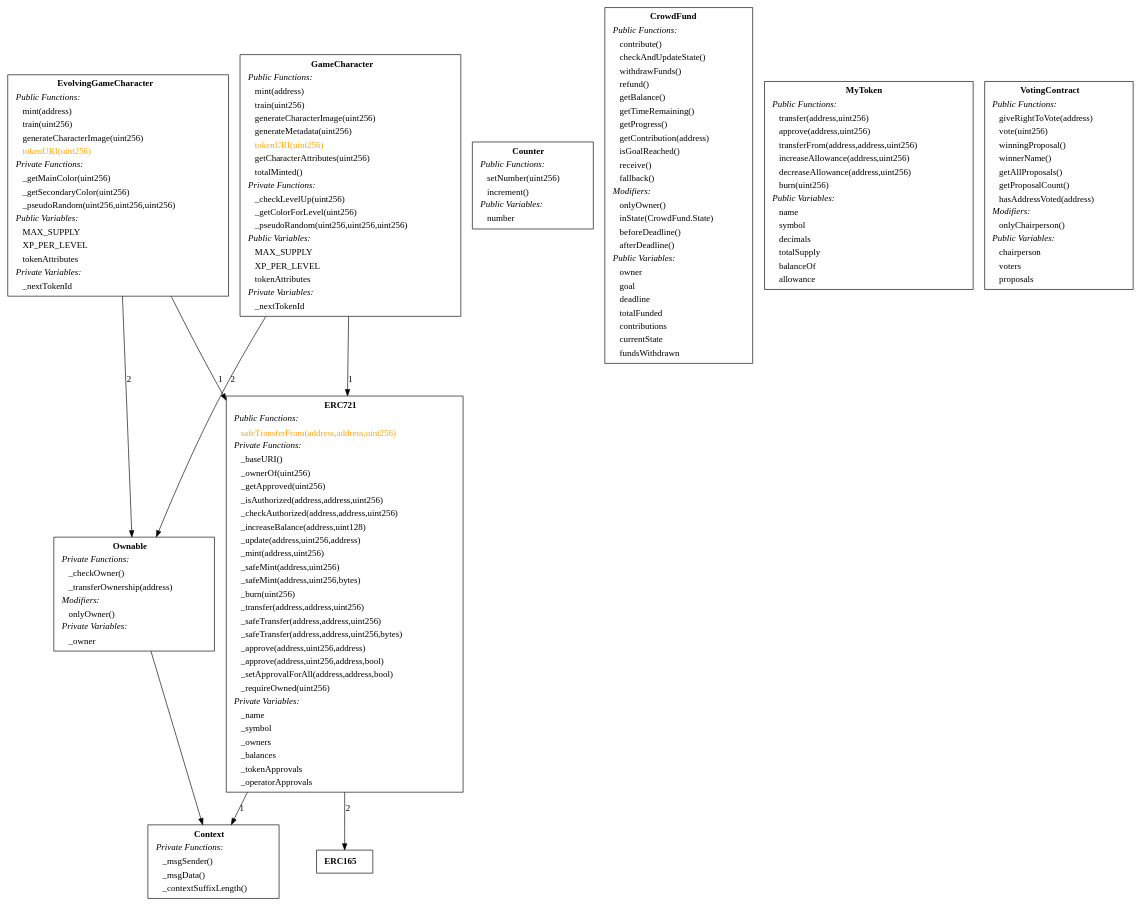
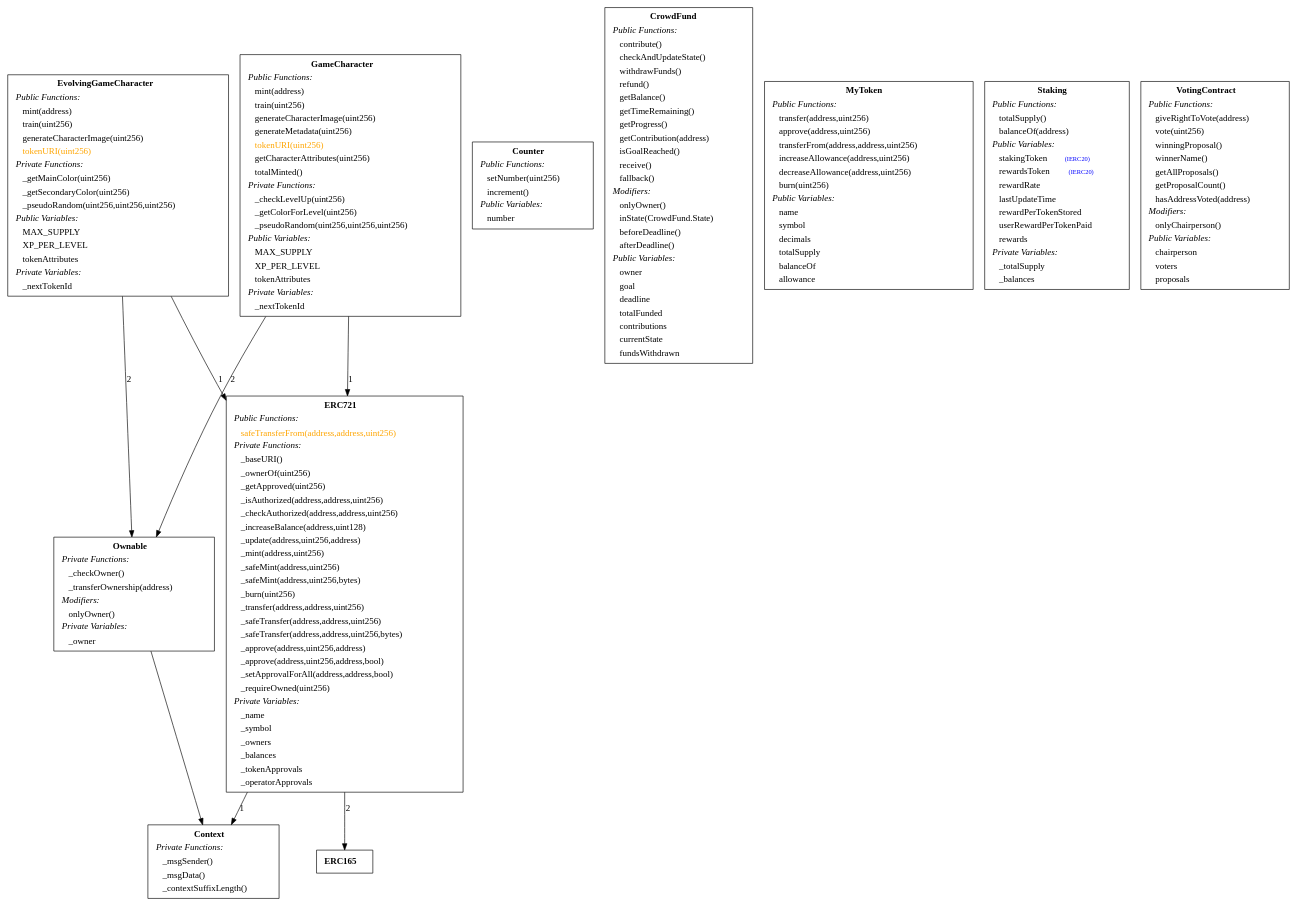
One commit to AlanDXiang/Solidity-Learning changed the diagram in inheritance-graph.dot. Above: the diagram before and after it, drawn with Graphviz. The commit also changed 1 other file, not shown here.

```diff
--- a/inheritance-graph.dot
+++ b/inheritance-graph.dot
@@ -1,29 +1,31 @@
 digraph "" {
-c147_Ownable -> c1606_Context;
+c147_Ownable -> c2587_Context;
 c147_Ownable[shape="box"label=< <TABLE border="0"><TR><TD align="center"><B>Ownable</B></TD></TR><TR><TD align="left"><I>Private Functions:</I></TD></TR><TR><TD align="left">    _checkOwner()</TD></TR><TR><TD align="left">    _transferOwnership(address)</TD></TR><TR><TD align="left"><I>Modifiers:</I></TD></TR><TR><TD align="left">    onlyOwner()</TD></TR><TR><TD align="left"><I>Private Variables:</I></TD></TR><TR><TD align="left">    _owner</TD></TR></TABLE> >];
 
-c1241_ERC721 -> c1606_Context [ label="1" ];
-c1241_ERC721 -> c3084_ERC165 [ label="2" ];
-c1241_ERC721[shape="box"label=< <TABLE border="0"><TR><TD align="center"><B>ERC721</B></TD></TR><TR><TD align="left"><I>Public Functions:</I></TD></TR><TR><TD align="left"><font color="#FFA500">    safeTransferFrom(address,address,uint256)</font></TD></TR><TR><TD align="left"><I>Private Functions:</I></TD></TR><TR><TD align="left">    _baseURI()</TD></TR><TR><TD align="left">    _ownerOf(uint256)</TD></TR><TR><TD align="left">    _getApproved(uint256)</TD></TR><TR><TD align="left">    _isAuthorized(address,address,uint256)</TD></TR><TR><TD align="left">    _checkAuthorized(address,address,uint256)</TD></TR><TR><TD align="left">    _increaseBalance(address,uint128)</TD></TR><TR><TD align="left">    _update(address,uint256,address)</TD></TR><TR><TD align="left">    _mint(address,uint256)</TD></TR><TR><TD align="left">    _safeMint(address,uint256)</TD></TR><TR><TD align="left">    _safeMint(address,uint256,bytes)</TD></TR><TR><TD align="left">    _burn(uint256)</TD></TR><TR><TD align="left">    _transfer(address,address,uint256)</TD></TR><TR><TD align="left">    _safeTransfer(address,address,uint256)</TD></TR><TR><TD align="left">    _safeTransfer(address,address,uint256,bytes)</TD></TR><TR><TD align="left">    _approve(address,uint256,address)</TD></TR><TR><TD align="left">    _approve(address,uint256,address,bool)</TD></TR><TR><TD align="left">    _setApprovalForAll(address,address,bool)</TD></TR><TR><TD align="left">    _requireOwned(uint256)</TD></TR><TR><TD align="left"><I>Private Variables:</I></TD></TR><TR><TD align="left">    _name</TD></TR><TR><TD align="left">    _symbol</TD></TR><TR><TD align="left">    _owners</TD></TR><TR><TD align="left">    _balances</TD></TR><TR><TD align="left">    _tokenApprovals</TD></TR><TR><TD align="left">    _operatorApprovals</TD></TR></TABLE> >];
+c1334_ERC721 -> c2587_Context [ label="1" ];
+c1334_ERC721 -> c4143_ERC165 [ label="2" ];
+c1334_ERC721[shape="box"label=< <TABLE border="0"><TR><TD align="center"><B>ERC721</B></TD></TR><TR><TD align="left"><I>Public Functions:</I></TD></TR><TR><TD align="left"><font color="#FFA500">    safeTransferFrom(address,address,uint256)</font></TD></TR><TR><TD align="left"><I>Private Functions:</I></TD></TR><TR><TD align="left">    _baseURI()</TD></TR><TR><TD align="left">    _ownerOf(uint256)</TD></TR><TR><TD align="left">    _getApproved(uint256)</TD></TR><TR><TD align="left">    _isAuthorized(address,address,uint256)</TD></TR><TR><TD align="left">    _checkAuthorized(address,address,uint256)</TD></TR><TR><TD align="left">    _increaseBalance(address,uint128)</TD></TR><TR><TD align="left">    _update(address,uint256,address)</TD></TR><TR><TD align="left">    _mint(address,uint256)</TD></TR><TR><TD align="left">    _safeMint(address,uint256)</TD></TR><TR><TD align="left">    _safeMint(address,uint256,bytes)</TD></TR><TR><TD align="left">    _burn(uint256)</TD></TR><TR><TD align="left">    _transfer(address,address,uint256)</TD></TR><TR><TD align="left">    _safeTransfer(address,address,uint256)</TD></TR><TR><TD align="left">    _safeTransfer(address,address,uint256,bytes)</TD></TR><TR><TD align="left">    _approve(address,uint256,address)</TD></TR><TR><TD align="left">    _approve(address,uint256,address,bool)</TD></TR><TR><TD align="left">    _setApprovalForAll(address,address,bool)</TD></TR><TR><TD align="left">    _requireOwned(uint256)</TD></TR><TR><TD align="left"><I>Private Variables:</I></TD></TR><TR><TD align="left">    _name</TD></TR><TR><TD align="left">    _symbol</TD></TR><TR><TD align="left">    _owners</TD></TR><TR><TD align="left">    _balances</TD></TR><TR><TD align="left">    _tokenApprovals</TD></TR><TR><TD align="left">    _operatorApprovals</TD></TR></TABLE> >];
 
-c1606_Context[shape="box"label=< <TABLE border="0"><TR><TD align="center"><B>Context</B></TD></TR><TR><TD align="left"><I>Private Functions:</I></TD></TR><TR><TD align="left">    _msgSender()</TD></TR><TR><TD align="left">    _msgData()</TD></TR><TR><TD align="left">    _contextSuffixLength()</TD></TR></TABLE> >];
+c2587_Context[shape="box"label=< <TABLE border="0"><TR><TD align="center"><B>Context</B></TD></TR><TR><TD align="left"><I>Private Functions:</I></TD></TR><TR><TD align="left">    _msgSender()</TD></TR><TR><TD align="left">    _msgData()</TD></TR><TR><TD align="left">    _contextSuffixLength()</TD></TR></TABLE> >];
 
-c3084_ERC165[shape="box"label=< <TABLE border="0"><TR><TD align="center"><B>ERC165</B></TD></TR></TABLE> >];
+c4143_ERC165[shape="box"label=< <TABLE border="0"><TR><TD align="center"><B>ERC165</B></TD></TR></TABLE> >];
 
-c6648_Counter[shape="box"label=< <TABLE border="0"><TR><TD align="center"><B>Counter</B></TD></TR><TR><TD align="left"><I>Public Functions:</I></TD></TR><TR><TD align="left">    setNumber(uint256)</TD></TR><TR><TD align="left">    increment()</TD></TR><TR><TD align="left"><I>Public Variables:</I></TD></TR><TR><TD align="left">    number</TD></TR></TABLE> >];
+c7743_Counter[shape="box"label=< <TABLE border="0"><TR><TD align="center"><B>Counter</B></TD></TR><TR><TD align="left"><I>Public Functions:</I></TD></TR><TR><TD align="left">    setNumber(uint256)</TD></TR><TR><TD align="left">    increment()</TD></TR><TR><TD align="left"><I>Public Variables:</I></TD></TR><TR><TD align="left">    number</TD></TR></TABLE> >];
 
-c7085_CrowdFund[shape="box"label=< <TABLE border="0"><TR><TD align="center"><B>CrowdFund</B></TD></TR><TR><TD align="left"><I>Public Functions:</I></TD></TR><TR><TD align="left">    contribute()</TD></TR><TR><TD align="left">    checkAndUpdateState()</TD></TR><TR><TD align="left">    withdrawFunds()</TD></TR><TR><TD align="left">    refund()</TD></TR><TR><TD align="left">    getBalance()</TD></TR><TR><TD align="left">    getTimeRemaining()</TD></TR><TR><TD align="left">    getProgress()</TD></TR><TR><TD align="left">    getContribution(address)</TD></TR><TR><TD align="left">    isGoalReached()</TD></TR><TR><TD align="left">    receive()</TD></TR><TR><TD align="left">    fallback()</TD></TR><TR><TD align="left"><I>Modifiers:</I></TD></TR><TR><TD align="left">    onlyOwner()</TD></TR><TR><TD align="left">    inState(CrowdFund.State)</TD></TR><TR><TD align="left">    beforeDeadline()</TD></TR><TR><TD align="left">    afterDeadline()</TD></TR><TR><TD align="left"><I>Public Variables:</I></TD></TR><TR><TD align="left">    owner</TD></TR><TR><TD align="left">    goal</TD></TR><TR><TD align="left">    deadline</TD></TR><TR><TD align="left">    totalFunded</TD></TR><TR><TD align="left">    contributions</TD></TR><TR><TD align="left">    currentState</TD></TR><TR><TD align="left">    fundsWithdrawn</TD></TR></TABLE> >];
+c8180_CrowdFund[shape="box"label=< <TABLE border="0"><TR><TD align="center"><B>CrowdFund</B></TD></TR><TR><TD align="left"><I>Public Functions:</I></TD></TR><TR><TD align="left">    contribute()</TD></TR><TR><TD align="left">    checkAndUpdateState()</TD></TR><TR><TD align="left">    withdrawFunds()</TD></TR><TR><TD align="left">    refund()</TD></TR><TR><TD align="left">    getBalance()</TD></TR><TR><TD align="left">    getTimeRemaining()</TD></TR><TR><TD align="left">    getProgress()</TD></TR><TR><TD align="left">    getContribution(address)</TD></TR><TR><TD align="left">    isGoalReached()</TD></TR><TR><TD align="left">    receive()</TD></TR><TR><TD align="left">    fallback()</TD></TR><TR><TD align="left"><I>Modifiers:</I></TD></TR><TR><TD align="left">    onlyOwner()</TD></TR><TR><TD align="left">    inState(CrowdFund.State)</TD></TR><TR><TD align="left">    beforeDeadline()</TD></TR><TR><TD align="left">    afterDeadline()</TD></TR><TR><TD align="left"><I>Public Variables:</I></TD></TR><TR><TD align="left">    owner</TD></TR><TR><TD align="left">    goal</TD></TR><TR><TD align="left">    deadline</TD></TR><TR><TD align="left">    totalFunded</TD></TR><TR><TD align="left">    contributions</TD></TR><TR><TD align="left">    currentState</TD></TR><TR><TD align="left">    fundsWithdrawn</TD></TR></TABLE> >];
 
-c7484_EvolvingGameCharacter -> c1241_ERC721 [ label="1" ];
-c7484_EvolvingGameCharacter -> c147_Ownable [ label="2" ];
-c7484_EvolvingGameCharacter[shape="box"label=< <TABLE border="0"><TR><TD align="center"><B>EvolvingGameCharacter</B></TD></TR><TR><TD align="left"><I>Public Functions:</I></TD></TR><TR><TD align="left">    mint(address)</TD></TR><TR><TD align="left">    train(uint256)</TD></TR><TR><TD align="left">    generateCharacterImage(uint256)</TD></TR><TR><TD align="left"><font color="#FFA500">    tokenURI(uint256)</font></TD></TR><TR><TD align="left"><I>Private Functions:</I></TD></TR><TR><TD align="left">    _getMainColor(uint256)</TD></TR><TR><TD align="left">    _getSecondaryColor(uint256)</TD></TR><TR><TD align="left">    _pseudoRandom(uint256,uint256,uint256)</TD></TR><TR><TD align="left"><I>Public Variables:</I></TD></TR><TR><TD align="left">    MAX_SUPPLY</TD></TR><TR><TD align="left">    XP_PER_LEVEL</TD></TR><TR><TD align="left">    tokenAttributes</TD></TR><TR><TD align="left"><I>Private Variables:</I></TD></TR><TR><TD align="left">    _nextTokenId</TD></TR></TABLE> >];
+c8579_EvolvingGameCharacter -> c1334_ERC721 [ label="1" ];
+c8579_EvolvingGameCharacter -> c147_Ownable [ label="2" ];
+c8579_EvolvingGameCharacter[shape="box"label=< <TABLE border="0"><TR><TD align="center"><B>EvolvingGameCharacter</B></TD></TR><TR><TD align="left"><I>Public Functions:</I></TD></TR><TR><TD align="left">    mint(address)</TD></TR><TR><TD align="left">    train(uint256)</TD></TR><TR><TD align="left">    generateCharacterImage(uint256)</TD></TR><TR><TD align="left"><font color="#FFA500">    tokenURI(uint256)</font></TD></TR><TR><TD align="left"><I>Private Functions:</I></TD></TR><TR><TD align="left">    _getMainColor(uint256)</TD></TR><TR><TD align="left">    _getSecondaryColor(uint256)</TD></TR><TR><TD align="left">    _pseudoRandom(uint256,uint256,uint256)</TD></TR><TR><TD align="left"><I>Public Variables:</I></TD></TR><TR><TD align="left">    MAX_SUPPLY</TD></TR><TR><TD align="left">    XP_PER_LEVEL</TD></TR><TR><TD align="left">    tokenAttributes</TD></TR><TR><TD align="left"><I>Private Variables:</I></TD></TR><TR><TD align="left">    _nextTokenId</TD></TR></TABLE> >];
 
-c8039_GameCharacter -> c1241_ERC721 [ label="1" ];
-c8039_GameCharacter -> c147_Ownable [ label="2" ];
-c8039_GameCharacter[shape="box"label=< <TABLE border="0"><TR><TD align="center"><B>GameCharacter</B></TD></TR><TR><TD align="left"><I>Public Functions:</I></TD></TR><TR><TD align="left">    mint(address)</TD></TR><TR><TD align="left">    train(uint256)</TD></TR><TR><TD align="left">    generateCharacterImage(uint256)</TD></TR><TR><TD align="left">    generateMetadata(uint256)</TD></TR><TR><TD align="left"><font color="#FFA500">    tokenURI(uint256)</font></TD></TR><TR><TD align="left">    getCharacterAttributes(uint256)</TD></TR><TR><TD align="left">    totalMinted()</TD></TR><TR><TD align="left"><I>Private Functions:</I></TD></TR><TR><TD align="left">    _checkLevelUp(uint256)</TD></TR><TR><TD align="left">    _getColorForLevel(uint256)</TD></TR><TR><TD align="left">    _pseudoRandom(uint256,uint256,uint256)</TD></TR><TR><TD align="left"><I>Public Variables:</I></TD></TR><TR><TD align="left">    MAX_SUPPLY</TD></TR><TR><TD align="left">    XP_PER_LEVEL</TD></TR><TR><TD align="left">    tokenAttributes</TD></TR><TR><TD align="left"><I>Private Variables:</I></TD></TR><TR><TD align="left">    _nextTokenId</TD></TR></TABLE> >];
+c9134_GameCharacter -> c1334_ERC721 [ label="1" ];
+c9134_GameCharacter -> c147_Ownable [ label="2" ];
+c9134_GameCharacter[shape="box"label=< <TABLE border="0"><TR><TD align="center"><B>GameCharacter</B></TD></TR><TR><TD align="left"><I>Public Functions:</I></TD></TR><TR><TD align="left">    mint(address)</TD></TR><TR><TD align="left">    train(uint256)</TD></TR><TR><TD align="left">    generateCharacterImage(uint256)</TD></TR><TR><TD align="left">    generateMetadata(uint256)</TD></TR><TR><TD align="left"><font color="#FFA500">    tokenURI(uint256)</font></TD></TR><TR><TD align="left">    getCharacterAttributes(uint256)</TD></TR><TR><TD align="left">    totalMinted()</TD></TR><TR><TD align="left"><I>Private Functions:</I></TD></TR><TR><TD align="left">    _checkLevelUp(uint256)</TD></TR><TR><TD align="left">    _getColorForLevel(uint256)</TD></TR><TR><TD align="left">    _pseudoRandom(uint256,uint256,uint256)</TD></TR><TR><TD align="left"><I>Public Variables:</I></TD></TR><TR><TD align="left">    MAX_SUPPLY</TD></TR><TR><TD align="left">    XP_PER_LEVEL</TD></TR><TR><TD align="left">    tokenAttributes</TD></TR><TR><TD align="left"><I>Private Variables:</I></TD></TR><TR><TD align="left">    _nextTokenId</TD></TR></TABLE> >];
 
-c8424_MyToken[shape="box"label=< <TABLE border="0"><TR><TD align="center"><B>MyToken</B></TD></TR><TR><TD align="left"><I>Public Functions:</I></TD></TR><TR><TD align="left">    transfer(address,uint256)</TD></TR><TR><TD align="left">    approve(address,uint256)</TD></TR><TR><TD align="left">    transferFrom(address,address,uint256)</TD></TR><TR><TD align="left">    increaseAllowance(address,uint256)</TD></TR><TR><TD align="left">    decreaseAllowance(address,uint256)</TD></TR><TR><TD align="left">    burn(uint256)</TD></TR><TR><TD align="left"><I>Public Variables:</I></TD></TR><TR><TD align="left">    name</TD></TR><TR><TD align="left">    symbol</TD></TR><TR><TD align="left">    decimals</TD></TR><TR><TD align="left">    totalSupply</TD></TR><TR><TD align="left">    balanceOf</TD></TR><TR><TD align="left">    allowance</TD></TR></TABLE> >];
+c9519_MyToken[shape="box"label=< <TABLE border="0"><TR><TD align="center"><B>MyToken</B></TD></TR><TR><TD align="left"><I>Public Functions:</I></TD></TR><TR><TD align="left">    transfer(address,uint256)</TD></TR><TR><TD align="left">    approve(address,uint256)</TD></TR><TR><TD align="left">    transferFrom(address,address,uint256)</TD></TR><TR><TD align="left">    increaseAllowance(address,uint256)</TD></TR><TR><TD align="left">    decreaseAllowance(address,uint256)</TD></TR><TR><TD align="left">    burn(uint256)</TD></TR><TR><TD align="left"><I>Public Variables:</I></TD></TR><TR><TD align="left">    name</TD></TR><TR><TD align="left">    symbol</TD></TR><TR><TD align="left">    decimals</TD></TR><TR><TD align="left">    totalSupply</TD></TR><TR><TD align="left">    balanceOf</TD></TR><TR><TD align="left">    allowance</TD></TR></TABLE> >];
 
-c8777_VotingContract[shape="box"label=< <TABLE border="0"><TR><TD align="center"><B>VotingContract</B></TD></TR><TR><TD align="left"><I>Public Functions:</I></TD></TR><TR><TD align="left">    giveRightToVote(address)</TD></TR><TR><TD align="left">    vote(uint256)</TD></TR><TR><TD align="left">    winningProposal()</TD></TR><TR><TD align="left">    winnerName()</TD></TR><TR><TD align="left">    getAllProposals()</TD></TR><TR><TD align="left">    getProposalCount()</TD></TR><TR><TD align="left">    hasAddressVoted(address)</TD></TR><TR><TD align="left"><I>Modifiers:</I></TD></TR><TR><TD align="left">    onlyChairperson()</TD></TR><TR><TD align="left"><I>Public Variables:</I></TD></TR><TR><TD align="left">    chairperson</TD></TR><TR><TD align="left">    voters</TD></TR><TR><TD align="left">    proposals</TD></TR></TABLE> >];
+c9591_Staking[shape="box"label=< <TABLE border="0"><TR><TD align="center"><B>Staking</B></TD></TR><TR><TD align="left"><I>Public Functions:</I></TD></TR><TR><TD align="left">    totalSupply()</TD></TR><TR><TD align="left">    balanceOf(address)</TD></TR><TR><TD align="left"><I>Public Variables:</I></TD></TR><TR><TD align="left">    stakingToken<font color="blue" POINT-SIZE="10"> (IERC20)</font></TD></TR><TR><TD align="left">    rewardsToken<font color="blue" POINT-SIZE="10"> (IERC20)</font></TD></TR><TR><TD align="left">    rewardRate</TD></TR><TR><TD align="left">    lastUpdateTime</TD></TR><TR><TD align="left">    rewardPerTokenStored</TD></TR><TR><TD align="left">    userRewardPerTokenPaid</TD></TR><TR><TD align="left">    rewards</TD></TR><TR><TD align="left"><I>Private Variables:</I></TD></TR><TR><TD align="left">    _totalSupply</TD></TR><TR><TD align="left">    _balances</TD></TR></TABLE> >];
+
+c9944_VotingContract[shape="box"label=< <TABLE border="0"><TR><TD align="center"><B>VotingContract</B></TD></TR><TR><TD align="left"><I>Public Functions:</I></TD></TR><TR><TD align="left">    giveRightToVote(address)</TD></TR><TR><TD align="left">    vote(uint256)</TD></TR><TR><TD align="left">    winningProposal()</TD></TR><TR><TD align="left">    winnerName()</TD></TR><TR><TD align="left">    getAllProposals()</TD></TR><TR><TD align="left">    getProposalCount()</TD></TR><TR><TD align="left">    hasAddressVoted(address)</TD></TR><TR><TD align="left"><I>Modifiers:</I></TD></TR><TR><TD align="left">    onlyChairperson()</TD></TR><TR><TD align="left"><I>Public Variables:</I></TD></TR><TR><TD align="left">    chairperson</TD></TR><TR><TD align="left">    voters</TD></TR><TR><TD align="left">    proposals</TD></TR></TABLE> >];
 
 }
```
